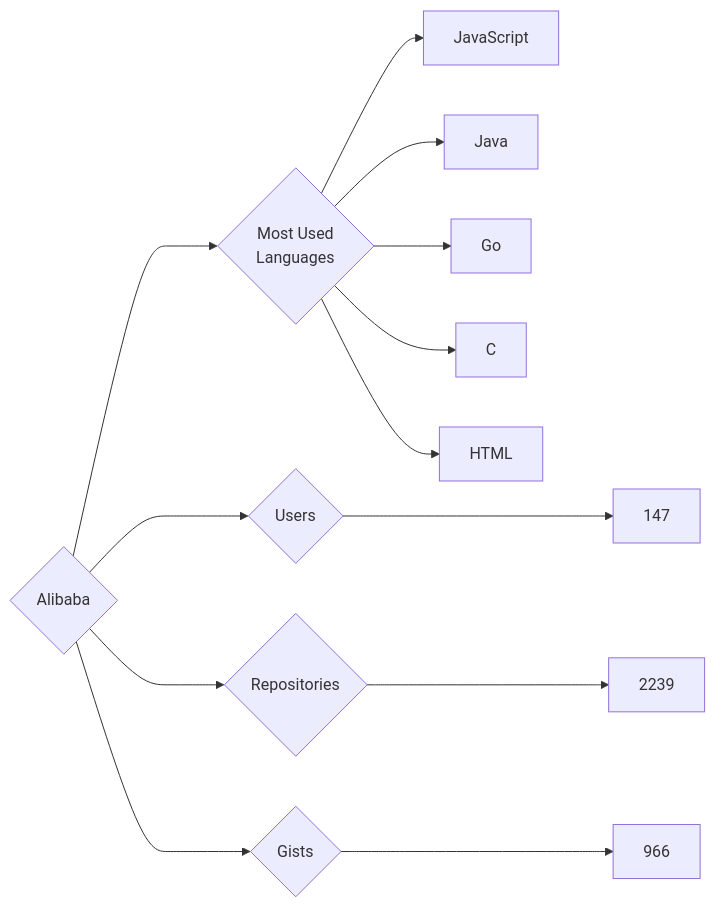
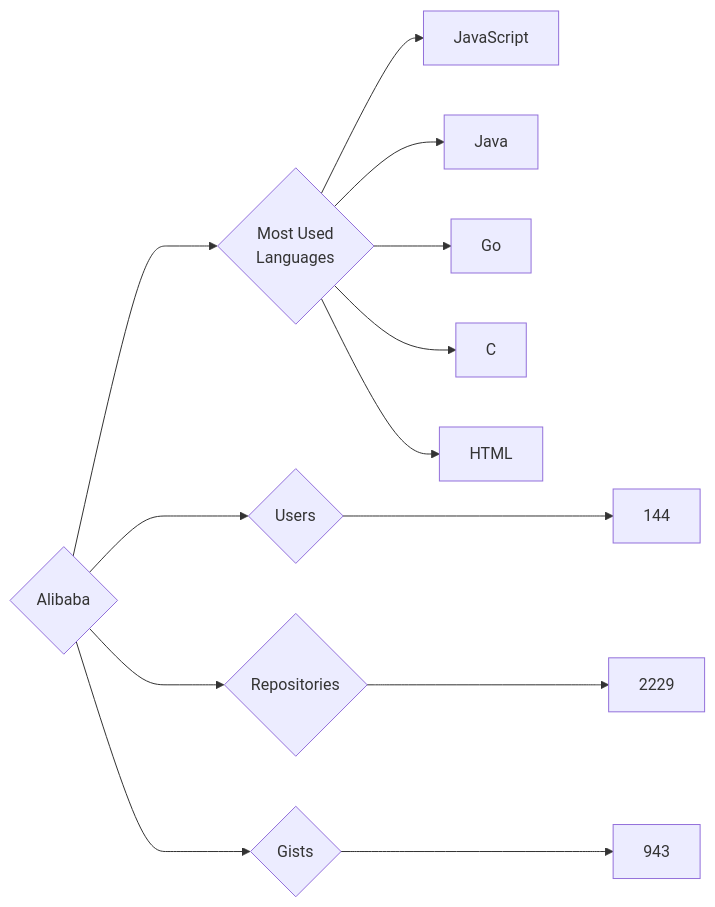
One commit to trickest/insiders changed the diagram in targets/Alibaba/README.md. Above: the diagram before and after it, drawn with Mermaid. The commit also changed 998 other files, not shown here.

````diff
--- a/targets/Alibaba/README.md
+++ b/targets/Alibaba/README.md
@@ -3,13 +3,13 @@
 ```mermaid
 graph LR
 COMPANY_NAME{Alibaba}
-COMPANY_NAME ---> U{Users} ---> UN[147]
-COMPANY_NAME ---> R{Repositories} ---> RN[2239]
-COMPANY_NAME ---> G{Gists} ---> GN[966]
+COMPANY_NAME ---> U{Users} ---> UN[144]
+COMPANY_NAME ---> R{Repositories} ---> RN[2229]
+COMPANY_NAME ---> G{Gists} ---> GN[943]
 COMPANY_NAME ---> ML{Most Used<br>Languages}
 ML --> JavaScript[JavaScript]
 ML --> Java[Java]
 ML --> Go[Go]
 ML --> C[C]
 ML --> HTML[HTML]
 ```
````
